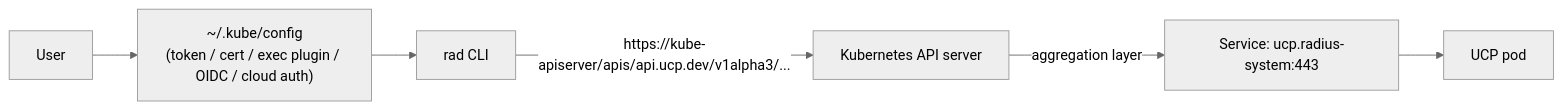
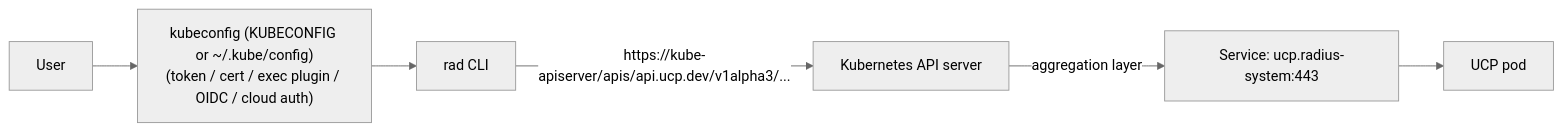
Before and after one commit to radius-project/radius: the tenth of 10 diagrams in docs/architecture/credentials.md, drawn with Mermaid (neutral theme). The commit also changed other lines of this file and 18 other files, not shown here.

````diff
--- a/docs/architecture/credentials.md
+++ b/docs/architecture/credentials.md
@@ -466,8 +466,8 @@
 ```mermaid
 graph LR
-    User --> Kubeconfig["~/.kube/config<br/>(token / cert / exec plugin / OIDC / cloud auth)"]
+    User --> Kubeconfig["kubeconfig (KUBECONFIG or ~/.kube/config)<br/>(token / cert / exec plugin / OIDC / cloud auth)"]
     Kubeconfig --> CLI["rad CLI"]
     CLI -->|"https://kube-apiserver/apis/api.ucp.dev/v1alpha3/..."| K8sAPI[Kubernetes API server]
     K8sAPI -->|aggregation layer| UCPSvc["Service: ucp.radius-system:443"]
     UCPSvc --> UCP[UCP pod]
 ```
````
